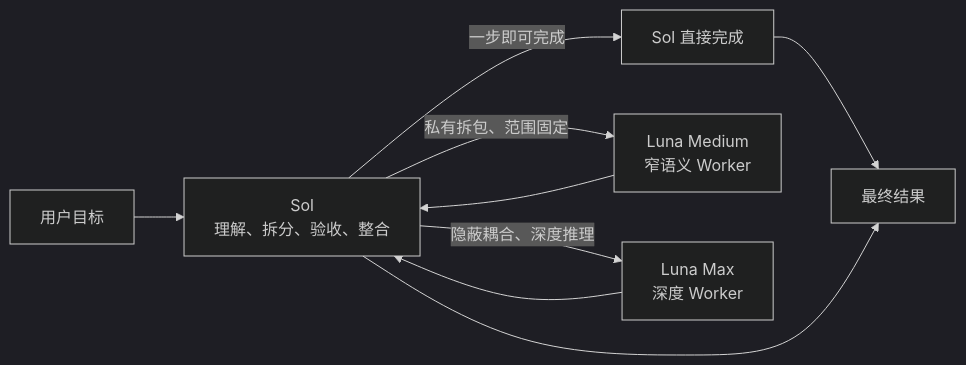
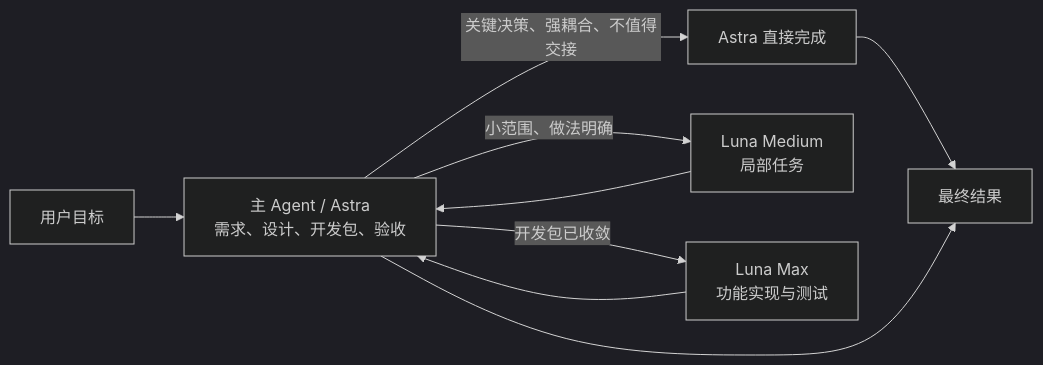
The diagram in README.md (liuyejinghong/sol-worker-routing-codex), drawn with Mermaid (dark theme) before and after one commit. The commit also changed other lines of this file and 9 other files, not shown here.

Commit message:
feat: adopt Astra-led development packets for Luna Max

````diff
--- a/README.md
+++ b/README.md
@@ -44,11 +44,11 @@
 ```mermaid
 flowchart LR
-    U["用户目标"] --> S["Sol<br/>理解、拆分、验收、整合"]
-    S -->|"一步即可完成"| D["Sol 直接完成"]
-    S -->|"私有拆包、范围固定"| LM["Luna Medium<br/>窄语义 Worker"]
-    S -->|"隐蔽耦合、深度推理"| L["Luna Max<br/>深度 Worker"]
+    U["用户目标"] --> S["主 Agent / Astra<br/>需求、设计、开发包、验收"]
+    S -->|"关键决策、强耦合、不值得交接"| D["Astra 直接完成"]
+    S -->|"小范围、做法明确"| LM["Luna Medium<br/>局部任务"]
+    S -->|"开发包已收敛"| L["Luna Max<br/>功能实现与测试"]
     D --> O["最终结果"]
     LM --> S
     L --> S
     S --> O
 ```
````
